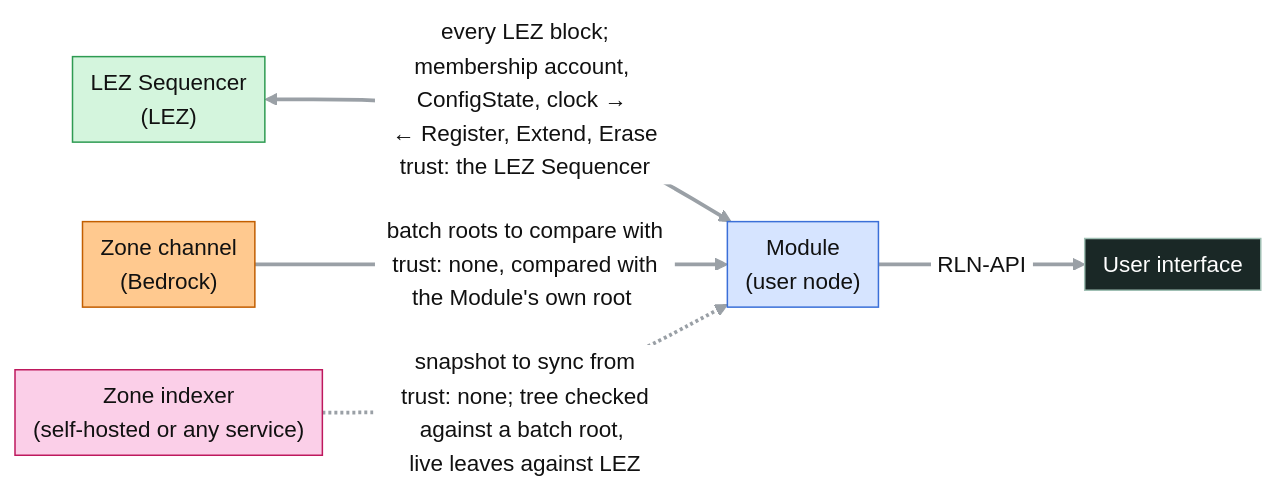
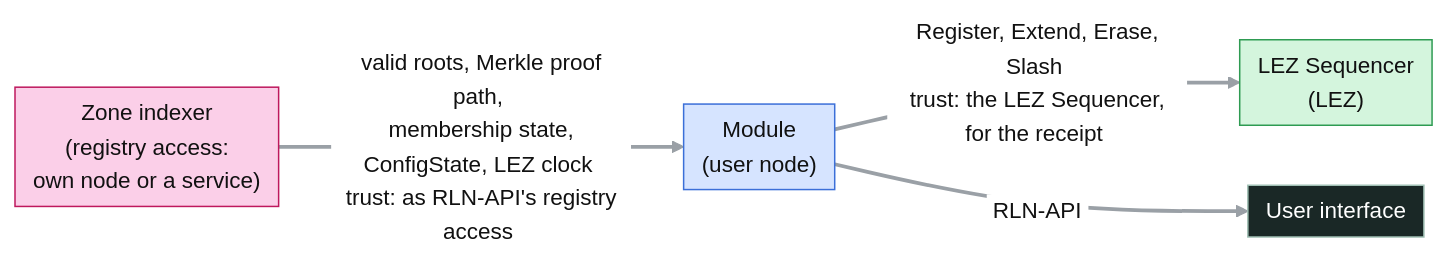
Before and after one commit to logos-co/logos-rln-membership-zone: the fifth of 5 diagrams in docs/rfc-rln-membership-zone.md, drawn with Mermaid. The commit also changed other lines of this file and 7 other files, not shown here.

````diff
--- a/docs/rfc-rln-membership-zone.md
+++ b/docs/rfc-rln-membership-zone.md
@@ -465,20 +536,17 @@
 ```mermaid
 %%{init: {"theme": "base", "flowchart": {"curve": "basis", "nodeSpacing": 40, "rankSpacing": 70, "padding": 6, "wrappingWidth": 400}, "themeVariables": {"lineColor": "#9aa0a6", "primaryTextColor": "#111111", "edgeLabelBackground": "#ffffff", "fontSize": "15px"}, "themeCSS": "marker { overflow: visible; } .arrowMarkerPath { transform: scale(1.7); transform-origin: 5px 5px; } .edgeLabel, .edgeLabel p, .edgeLabel span { font-size: 12px; line-height: 1.2; }"}}%%
 flowchart LR
-    LSEQ["LEZ Sequencer<br/>(LEZ)"] <-->|"#nbsp;every LEZ block; membership account, ConfigState, clock →#nbsp;<br/>#nbsp;← Register, Extend, Erase#nbsp;<br/>#nbsp;trust: the LEZ Sequencer#nbsp;"| MOD["Module<br/>(user node)"]
-    ZCH["Zone channel<br/>(Bedrock)"] -->|"#nbsp;batch roots to compare with#nbsp;<br/>#nbsp;trust: none, compared with the Module's own root#nbsp;"| MOD
-    IDX["Zone indexer<br/>(self-hosted or any service)"] -.->|"#nbsp;snapshot to sync from#nbsp;<br/>#nbsp;trust: none; tree checked against a batch root,#nbsp;<br/>#nbsp;live leaves against LEZ#nbsp;"| MOD
+    IDX["Zone indexer<br/>(registry access:<br/>own node or a service)"] -->|"#nbsp;valid roots, Merkle proof path,#nbsp;<br/>#nbsp;membership state, ConfigState, LEZ clock#nbsp;<br/>#nbsp;trust: as RLN-API's registry access#nbsp;"| MOD["Module<br/>(user node)"]
+    MOD -->|"#nbsp;Register, Extend, Erase, Slash#nbsp;<br/>#nbsp;trust: the LEZ Sequencer, for the receipt#nbsp;"| LSEQ["LEZ Sequencer<br/>(LEZ)"]
     MOD -->|"#nbsp;RLN-API#nbsp;"| APP["User interface"]
     linkStyle default stroke-width:2.5px
 
     classDef ui fill:#1a2826,stroke:#9fbfb3,color:#ffffff
     classDef user fill:#d6e4ff,stroke:#3b6fd8,color:#111111
     classDef lez fill:#d4f5dd,stroke:#2e9b52,color:#111111
-    classDef l1 fill:#ffc98f,stroke:#c25e00,color:#111111
     classDef zone fill:#fbcfe8,stroke:#be185d,color:#111111
     class APP ui
     class MOD user
     class LSEQ lez
-    class ZCH l1
     class IDX zone
 ```
````
